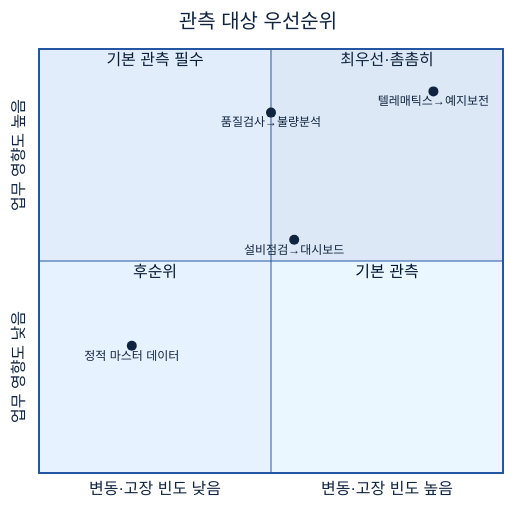
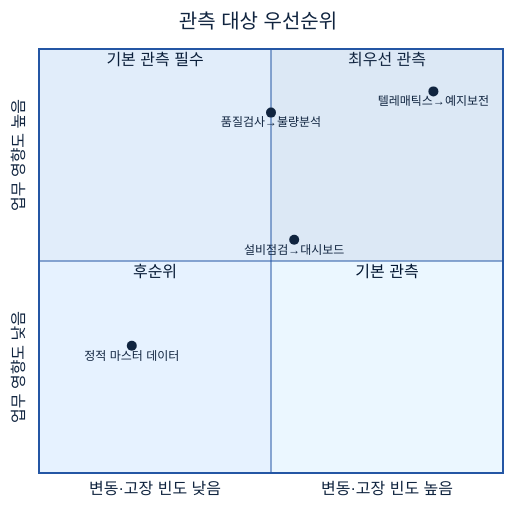
The third of 5 diagrams in 가이드 작성/C-1 Observability/C-1 Observability.md (jin-kearney/ai-ready-data-manual), drawn with Mermaid before and after one commit. The commit also changed other lines of this file and 1 other file, not shown here.

````diff
--- a/가이드 작성/C-1 Observability/C-1 Observability.md
+++ b/가이드 작성/C-1 Observability/C-1 Observability.md
@@ -244,15 +251,15 @@
 ```mermaid
 %%{init: {'theme':'base','themeVariables':{'primaryColor':'#DCE8F5','primaryBorderColor':'#2456A4','primaryTextColor':'#10243f','lineColor':'#2456A4','fontSize':'13px'}}}%%
 quadrantChart
     title 관측 대상 우선순위
     x-axis 변동·고장 빈도 낮음 --> 변동·고장 빈도 높음
     y-axis 업무 영향도 낮음 --> 업무 영향도 높음
-    quadrant-1 "최우선·촘촘히"
+    quadrant-1 "최우선 관측"
     quadrant-2 "기본 관측 필수"
     quadrant-3 "후순위"
     quadrant-4 "기본 관측"
     "텔레매틱스→예지보전": [0.85, 0.9]
     "품질검사→불량분석": [0.5, 0.85]
     "설비점검→대시보드": [0.55, 0.55]
     "정적 마스터 데이터": [0.2, 0.3]
 ```
````
